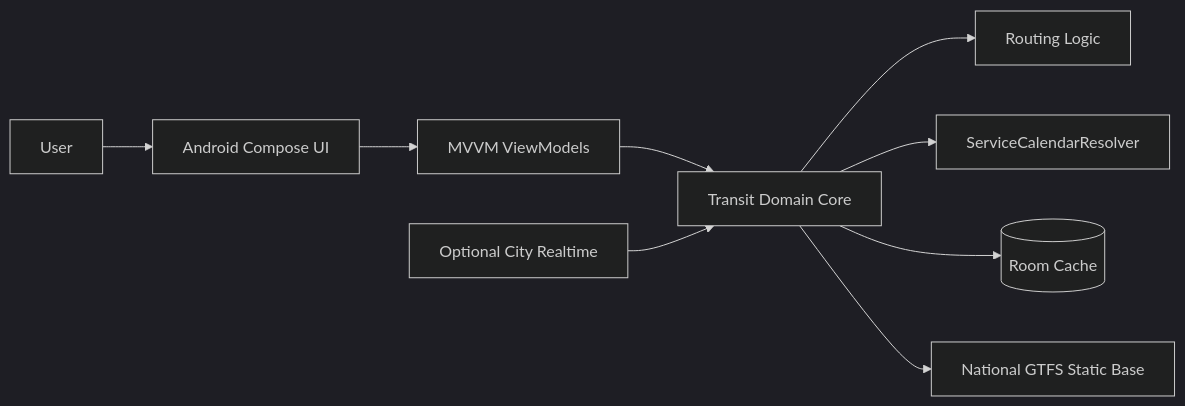
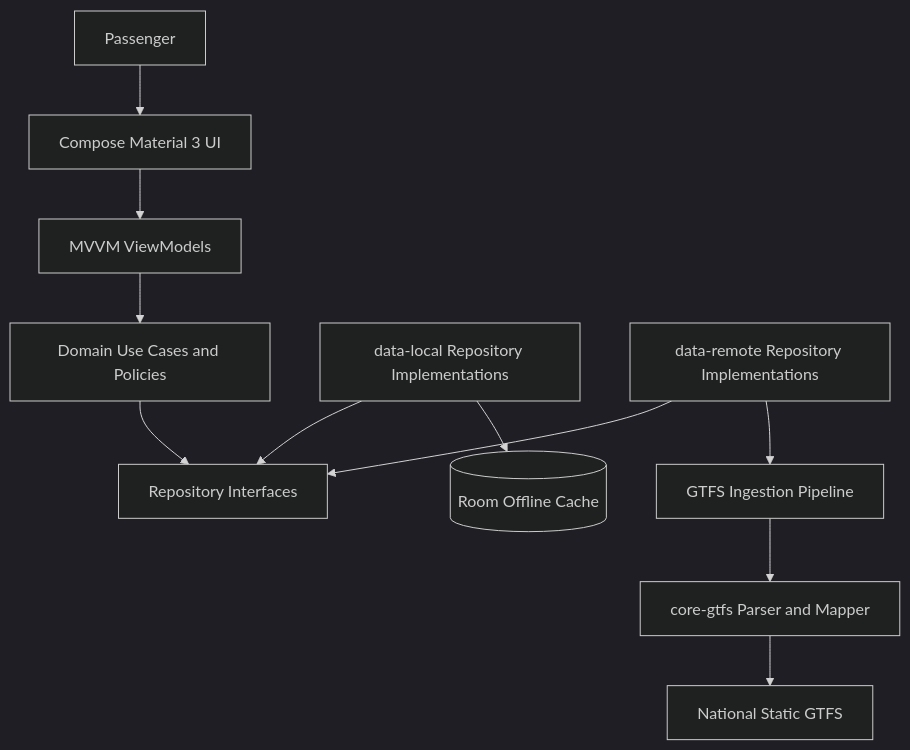
Before and after one commit to Fuuduuu/ANDROBUSS: the first of 6 diagrams in docs/MERMAID_DIAGRAMS.md, drawn with Mermaid (dark theme). The commit also changed other lines of this file and 7 other files, not shown here.

Commit message:
docs: fix architecture review blockers

````diff
--- a/docs/MERMAID_DIAGRAMS.md
+++ b/docs/MERMAID_DIAGRAMS.md
@@ -5,11 +7,16 @@
 ```mermaid
-flowchart LR
-    User --> UI[Android Compose UI]
+flowchart TD
+    User[Passenger] --> UI[Compose Material 3 UI]
     UI --> VM[MVVM ViewModels]
-    VM --> Domain[Transit Domain Core]
-    Domain --> Routing[Routing Logic]
-    Domain --> Calendar[ServiceCalendarResolver]
-    Domain --> Local[(Room Cache)]
-    Domain --> GTFS[National GTFS Static Base]
-    Realtime[Optional City Realtime] --> Domain
+    VM --> Domain[Domain Use Cases and Policies]
+    Domain --> RepoContracts[Repository Interfaces]
+
+    LocalImpl[data-local Repository Implementations] --> RepoContracts
+    RemoteImpl[data-remote Repository Implementations] --> RepoContracts
+
+    RemoteImpl --> GTFSIngest[GTFS Ingestion Pipeline]
+    GTFSIngest --> CoreGTFS[core-gtfs Parser and Mapper]
+    CoreGTFS --> NationalFeed[National Static GTFS]
+
+    LocalImpl --> RoomStore[(Room Offline Cache)]
 ```
````
